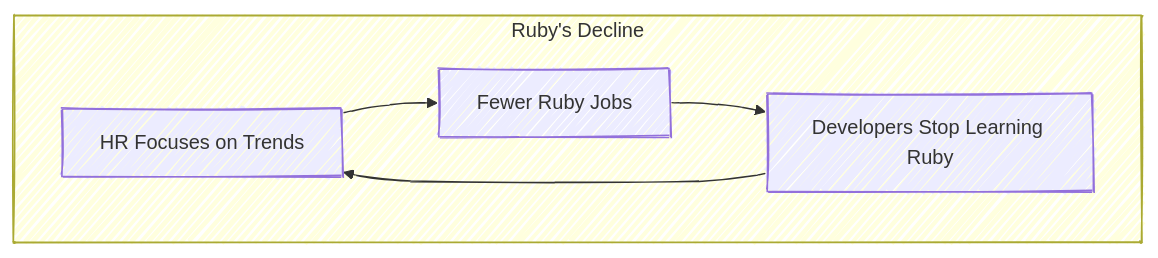
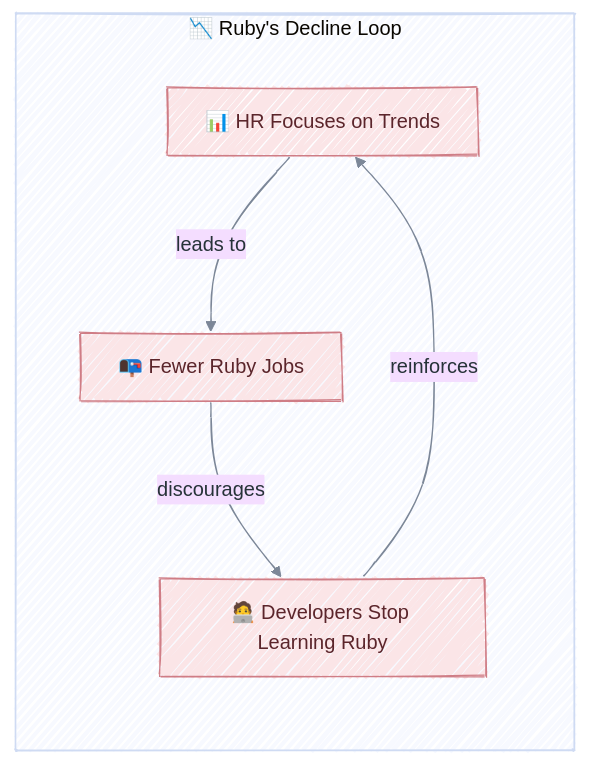
The first of 3 diagrams in _posts/2025-04-03-the-ruby-s-ai-awakening-the-unexpected-edge-in-token-efficiency.md (enogrob/enogrob.github.io), drawn with Mermaid before and after one commit. The commit also changed other lines of this file and 12 other files, not shown here.

````diff
--- a/_posts/2025-04-03-the-ruby-s-ai-awakening-the-unexpected-edge-in-token-efficiency.md
+++ b/_posts/2025-04-03-the-ruby-s-ai-awakening-the-unexpected-edge-in-token-efficiency.md
@@ -30,9 +30,12 @@
 ```mermaid!
-%%{init: {"theme": "default", "look": "handDrawn"}}%%
-graph TD
-    subgraph "Ruby's Decline"
-        A1[HR Focuses on Trends] --> A2[Fewer Ruby Jobs]
-        A2 --> A3[Developers Stop Learning Ruby]
-        A3 --> A1
+%%{init: {"theme": "base", "look": "handDrawn", "themeVariables": {"fontFamily": "ui-sans-serif, system-ui, sans-serif", "lineColor": "#7c8798", "primaryTextColor": "#263238"}, "flowchart": {"nodeSpacing": 55, "rankSpacing": 90}}}%%
+flowchart LR
+  subgraph Decline["📉 Ruby's Decline Loop"]
+    A1["📊 HR Focuses on Trends"] -->|leads to| A2["📭 Fewer Ruby Jobs"]
+    A2 -->|discourages| A3["🧑‍💻 Developers Stop Learning Ruby"]
+    A3 -->|reinforces| A1
     end
+
+  classDef decline fill:#fbe5e7,stroke:#cf7d86,color:#5b252b,stroke-width:1px
+  class A1,A2,A3 decline
 ```
````
